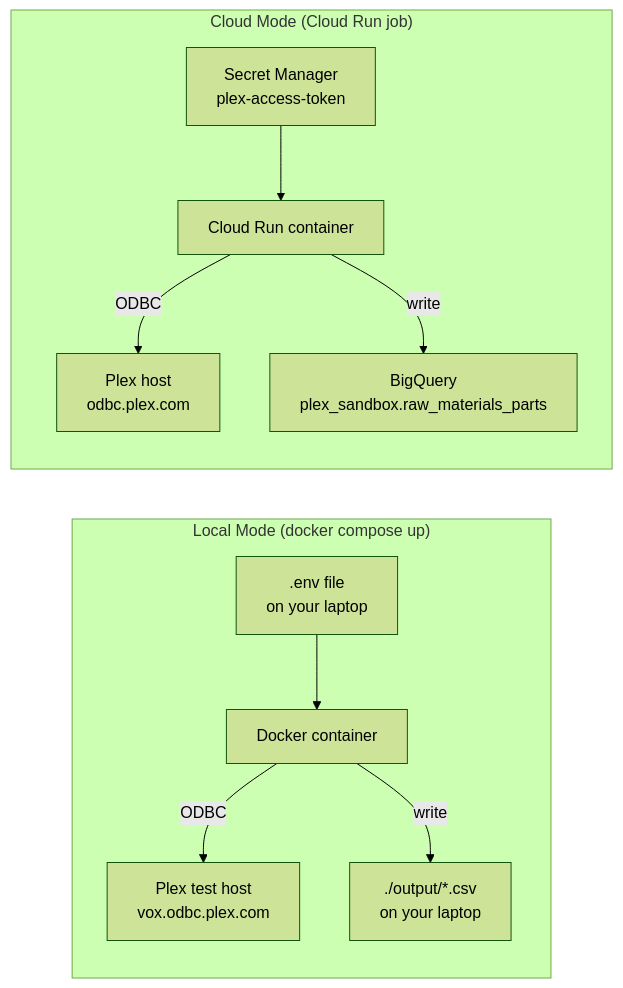
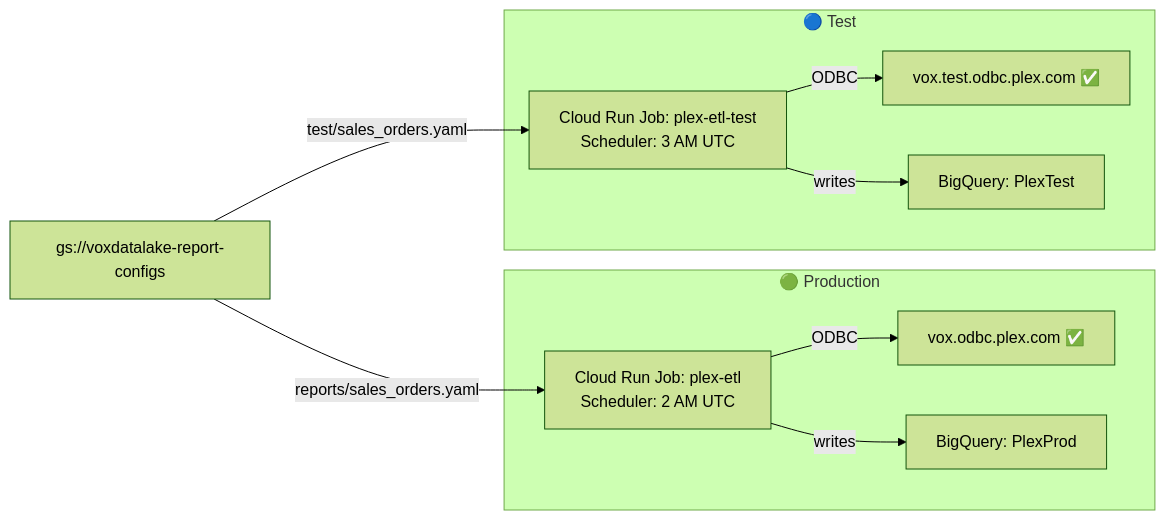
The third of 5 diagrams in docs/FRONTEND_GUIDE.md (Parasol-Group-Inc/plex-to-big-query), drawn with Mermaid (forest theme) before and after one commit. The commit also changed other lines of this file and 9 other files, not shown here.

First line of the commit message:
add work orders report pipeline with code-review fixes

````diff
--- a/docs/FRONTEND_GUIDE.md
+++ b/docs/FRONTEND_GUIDE.md
@@ -171,16 +194,23 @@
 ```mermaid
 graph LR
-    subgraph "Local Mode  (docker compose up)"
-        direction TB
-        ENV[.env file<br/>on your laptop] --> DC[Docker container]
-        DC -->|ODBC| PLEX_T[Plex test host<br/>vox.odbc.plex.com]
-        DC -->|write| CSV["./output/*.csv<br/>on your laptop"]
+    GCS["gs://voxdatalake-report-configs"]
+
+    subgraph PROD["🟢 Production"]
+        PJ["Cloud Run Job: plex-etl\nScheduler: 2 AM UTC"]
+        PH["vox.odbc.plex.com ✅"]
+        PD["BigQuery: PlexProd"]
+        PJ -->|ODBC| PH
+        PJ -->|writes| PD
     end
 
-    subgraph "Cloud Mode  (Cloud Run job)"
-        direction TB
-        SM_C[Secret Manager<br/>plex-access-token] --> CRC[Cloud Run container]
-        CRC -->|ODBC| PLEX_P[Plex host<br/>odbc.plex.com]
-        CRC -->|write| BQ_C[BigQuery<br/>plex_sandbox.raw_materials_parts]
+    subgraph TEST["🔵 Test"]
+        TJ["Cloud Run Job: plex-etl-test\nScheduler: 3 AM UTC"]
+        TH["vox.test.odbc.plex.com ✅"]
+        TD["BigQuery: PlexTest"]
+        TJ -->|ODBC| TH
+        TJ -->|writes| TD
     end
+
+    GCS -->|"reports/sales_orders.yaml"| PJ
+    GCS -->|"test/sales_orders.yaml"| TJ
 ```
````
